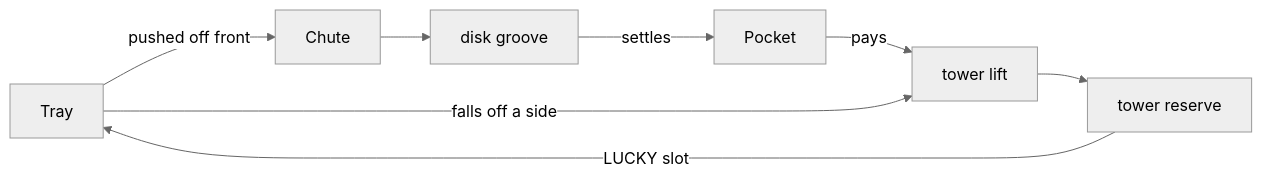
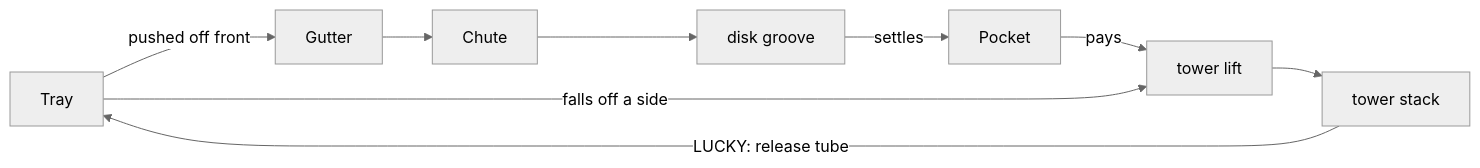
One commit to jamiely/vicky changed the second of 2 diagrams in ARCHITECTURE.md. Above: the diagram before and after it, drawn with Mermaid (neutral theme). The commit also changed other lines of this file and 15 other files, not shown here.

````diff
--- a/ARCHITECTURE.md
+++ b/ARCHITECTURE.md
@@ -56,6 +57,6 @@
 ```mermaid
 flowchart LR
-  Tray -->|pushed off front| Chute --> Disk[disk groove] -->|settles| Pocket -->|pays| Lift
+  Tray -->|pushed off front| Gutter --> Chute --> Disk[disk groove] -->|settles| Pocket -->|pays| Lift
   Tray -->|falls off a side| Lift[tower lift]
-  Lift --> Reserve[tower reserve] -->|LUCKY slot| Tray
+  Lift --> Stack[tower stack] -->|LUCKY: release tube| Tray
 ```
````
